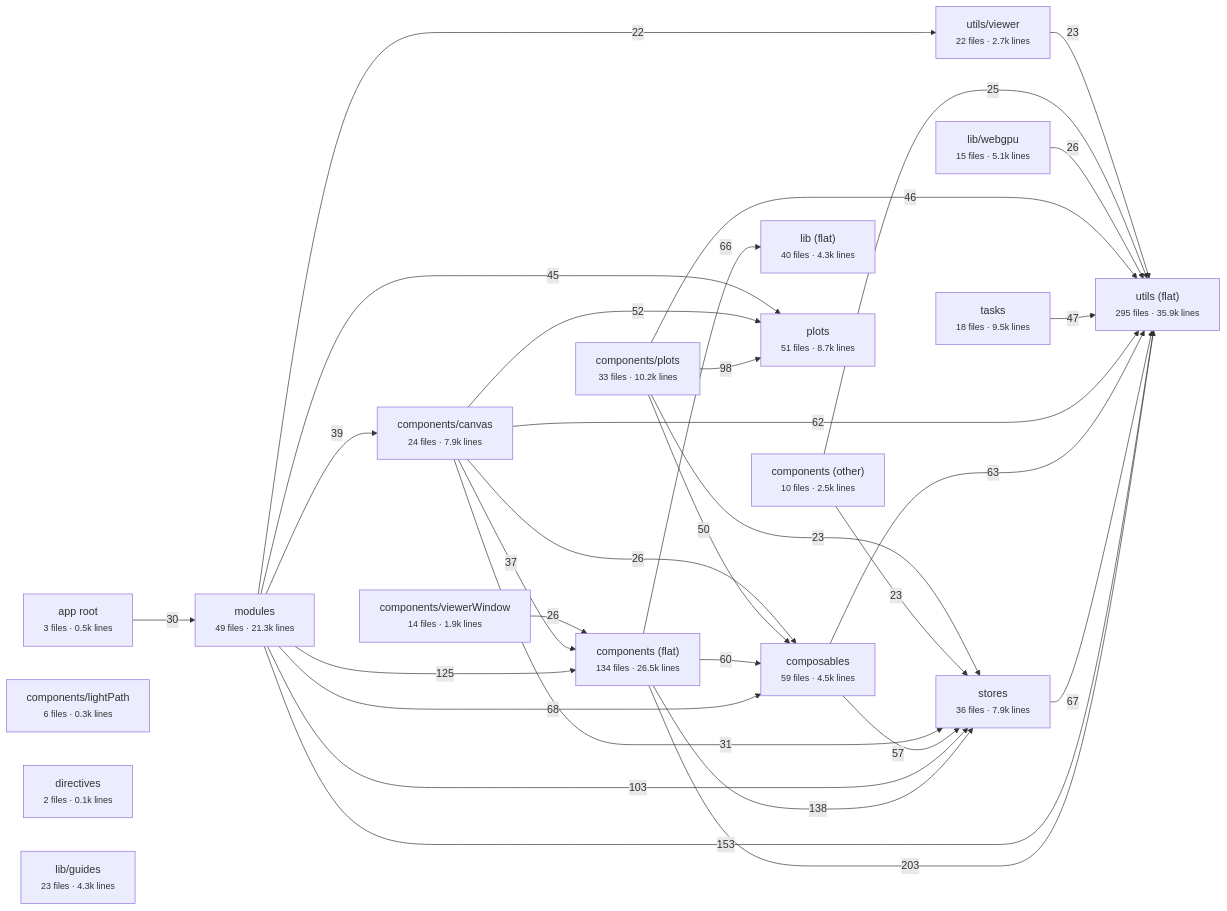
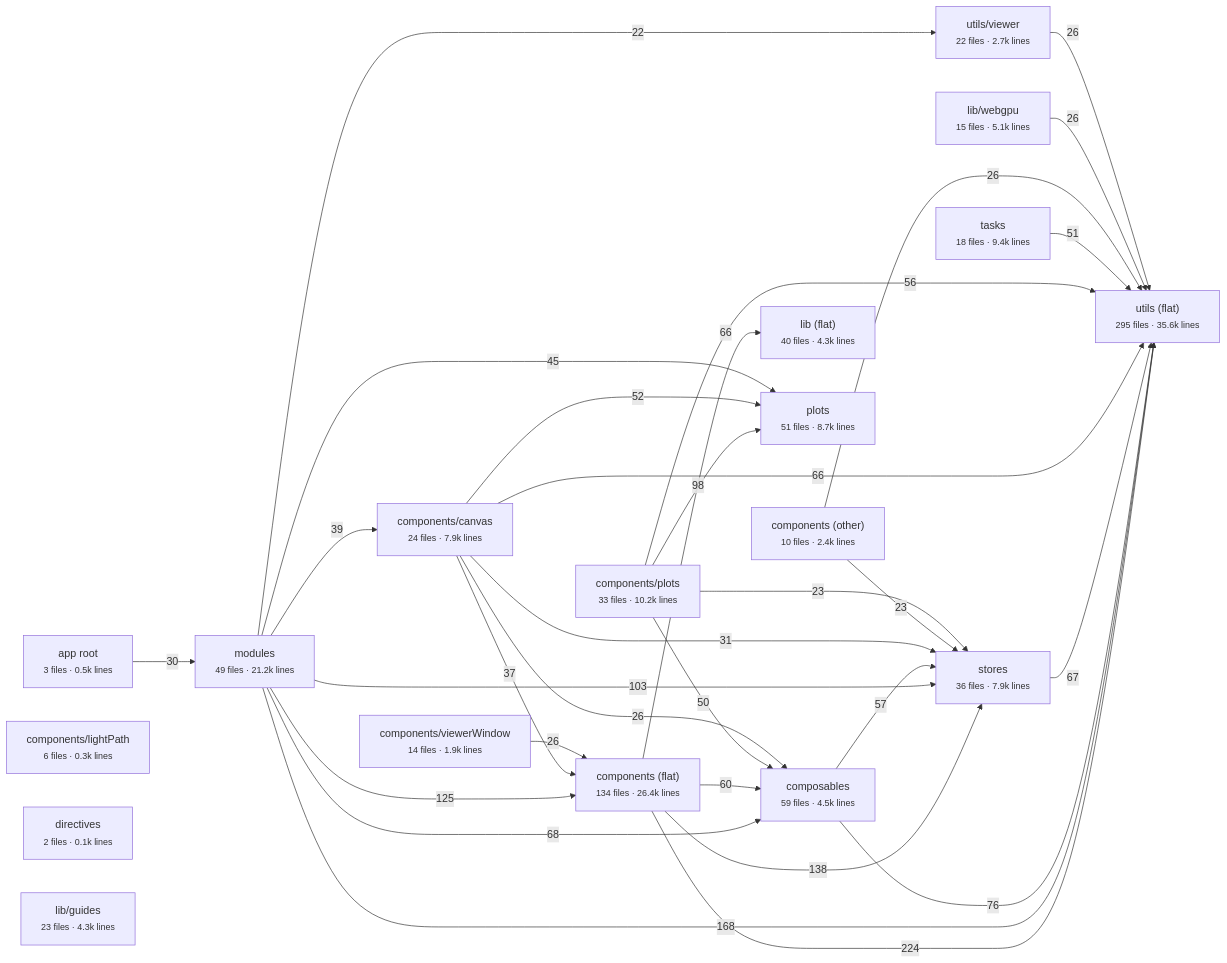
The diagram in docs/architecture/vue/layers.md (schienstockd/cecelia), drawn with Mermaid before and after one commit. The commit also changed other lines of this file and 11 other files, not shown here.

````diff
--- a/docs/architecture/vue/layers.md
+++ b/docs/architecture/vue/layers.md
@@ -10,51 +10,51 @@
 ```mermaid
 flowchart LR
   app_root["app root<br/><small>3 files · 0.5k lines</small>"]
-  components__flat_["components (flat)<br/><small>134 files · 26.5k lines</small>"]
-  components__other_["components (other)<br/><small>10 files · 2.5k lines</small>"]
+  components__flat_["components (flat)<br/><small>134 files · 26.4k lines</small>"]
+  components__other_["components (other)<br/><small>10 files · 2.4k lines</small>"]
   components_canvas["components/canvas<br/><small>24 files · 7.9k lines</small>"]
   components_lightPath["components/lightPath<br/><small>6 files · 0.3k lines</small>"]
   components_plots["components/plots<br/><small>33 files · 10.2k lines</small>"]
   components_viewerWindow["components/viewerWindow<br/><small>14 files · 1.9k lines</small>"]
   composables["composables<br/><small>59 files · 4.5k lines</small>"]
   directives["directives<br/><small>2 files · 0.1k lines</small>"]
   lib__flat_["lib (flat)<br/><small>40 files · 4.3k lines</small>"]
   lib_guides["lib/guides<br/><small>23 files · 4.3k lines</small>"]
   lib_webgpu["lib/webgpu<br/><small>15 files · 5.1k lines</small>"]
-  modules["modules<br/><small>49 files · 21.3k lines</small>"]
+  modules["modules<br/><small>49 files · 21.2k lines</small>"]
   plots["plots<br/><small>51 files · 8.7k lines</small>"]
   stores["stores<br/><small>36 files · 7.9k lines</small>"]
-  tasks["tasks<br/><small>18 files · 9.5k lines</small>"]
-  utils__flat_["utils (flat)<br/><small>295 files · 35.9k lines</small>"]
+  tasks["tasks<br/><small>18 files · 9.4k lines</small>"]
+  utils__flat_["utils (flat)<br/><small>295 files · 35.6k lines</small>"]
   utils_viewer["utils/viewer<br/><small>22 files · 2.7k lines</small>"]
-  components__flat_ -->|203| utils__flat_
-  modules -->|153| utils__flat_
+  components__flat_ -->|224| utils__flat_
+  modules -->|168| utils__flat_
   components__flat_ -->|138| stores
   modules -->|125| components__flat_
   modules -->|103| stores
   components_plots -->|98| plots
+  composables -->|76| utils__flat_
   modules -->|68| composables
   stores -->|67| utils__flat_
   components__flat_ -->|66| lib__flat_
-  composables -->|63| utils__flat_
-  components_canvas -->|62| utils__flat_
+  components_canvas -->|66| utils__flat_
   components__flat_ -->|60| composables
   composables -->|57| stores
+  components_plots -->|56| utils__flat_
   components_canvas -->|52| plots
+  tasks -->|51| utils__flat_
   components_plots -->|50| composables
-  tasks -->|47| utils__flat_
-  components_plots -->|46| utils__flat_
   modules -->|45| plots
   modules -->|39| components_canvas
   components_canvas -->|37| components__flat_
   components_canvas -->|31| stores
   app_root -->|30| modules
+  components__other_ -->|26| utils__flat_
   components_canvas -->|26| composables
   components_viewerWindow -->|26| components__flat_
   lib_webgpu -->|26| utils__flat_
-  components__other_ -->|25| utils__flat_
+  utils_viewer -->|26| utils__flat_
   components__other_ -->|23| stores
   components_plots -->|23| stores
-  utils_viewer -->|23| utils__flat_
   modules -->|22| utils_viewer
 ```
````
